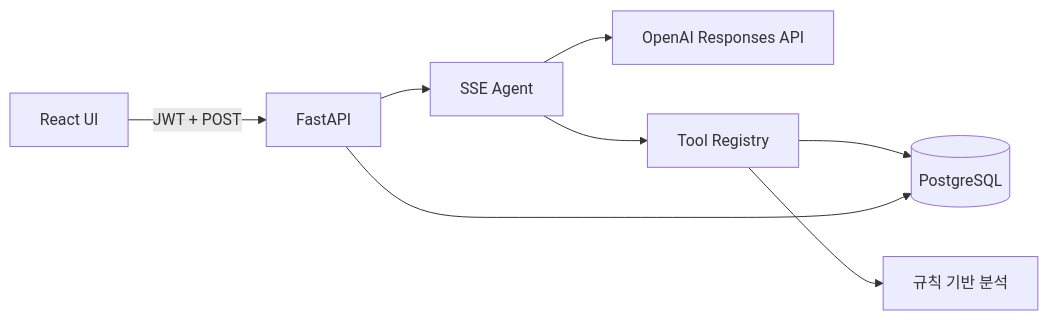
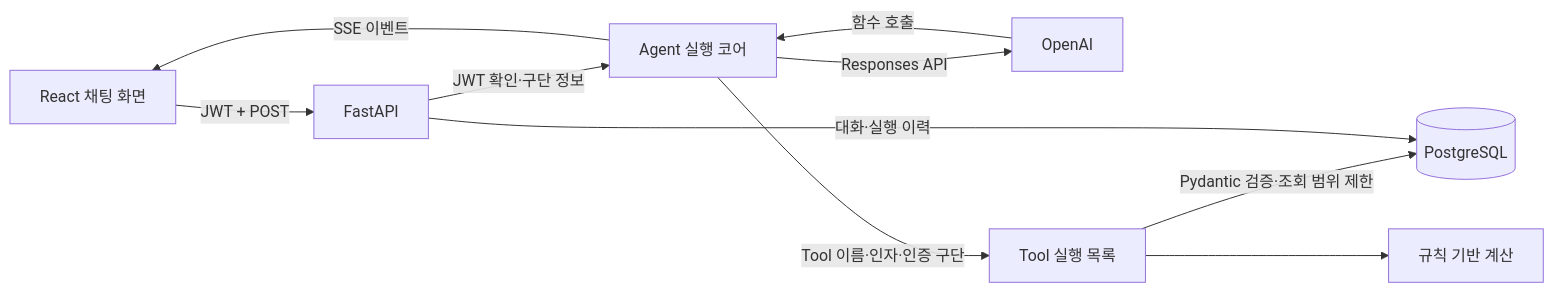
One commit to nurget/dugout-ai changed the first of 3 diagrams in docs/design.md. Above: the diagram before and after it, drawn with Mermaid. The commit also changed other lines of this file and 11 other files, not shown here.

````diff
--- a/docs/design.md
+++ b/docs/design.md
@@ -9,10 +34,12 @@
 ```mermaid
 flowchart LR
-    UI[React UI] -->|JWT + POST| API[FastAPI]
-    API --> STREAM[SSE Agent]
-    STREAM --> LLM[OpenAI Responses API]
-    STREAM --> REGISTRY[Tool Registry]
-    REGISTRY --> DB[(PostgreSQL)]
-    REGISTRY --> RULES[규칙 기반 분석]
-    API --> DB
+    UI[React 채팅 화면] -->|JWT + POST| API[FastAPI]
+    API -->|JWT 확인·구단 정보| AGENT[Agent 실행 코어]
+    AGENT -->|Responses API| LLM[OpenAI]
+    LLM -->|함수 호출| AGENT
+    AGENT -->|Tool 이름·인자·인증 구단| REGISTRY[Tool 실행 목록]
+    REGISTRY -->|Pydantic 검증·조회 범위 제한| DB[(PostgreSQL)]
+    REGISTRY --> RULES[규칙 기반 계산]
+    AGENT -->|SSE 이벤트| UI
+    API -->|대화·실행 이력| DB
 ```
````
